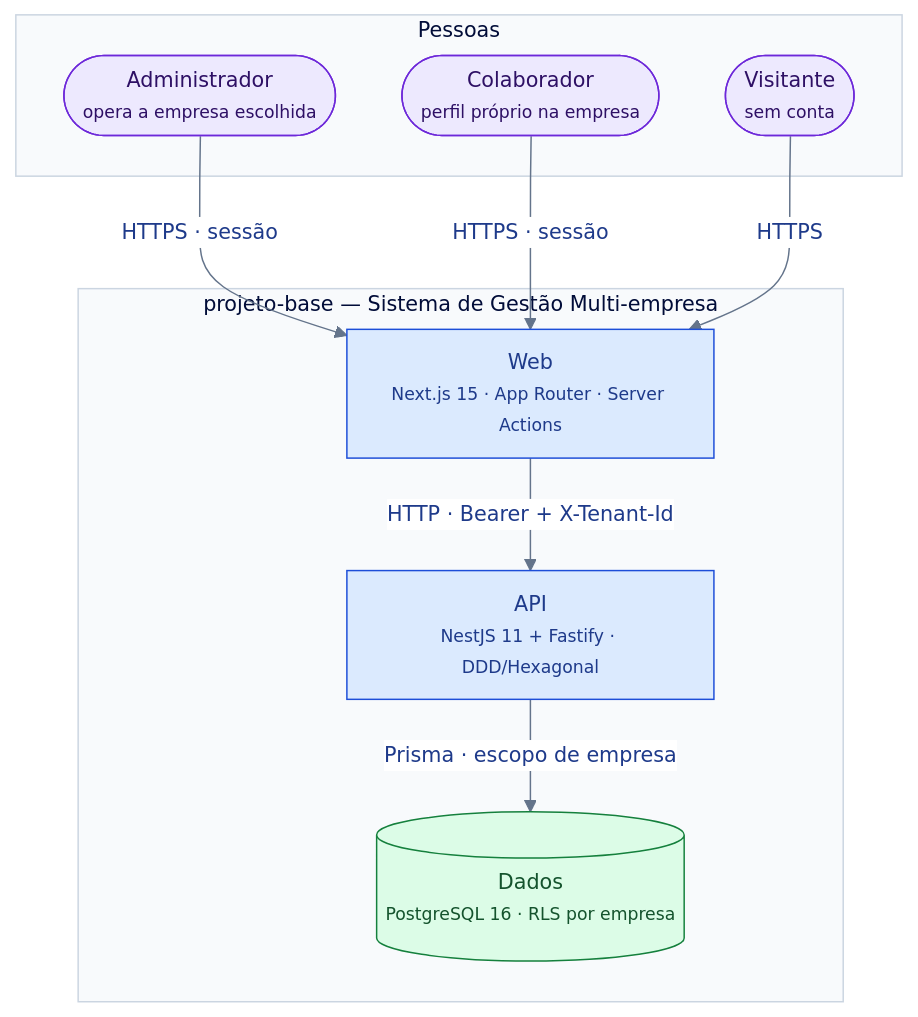
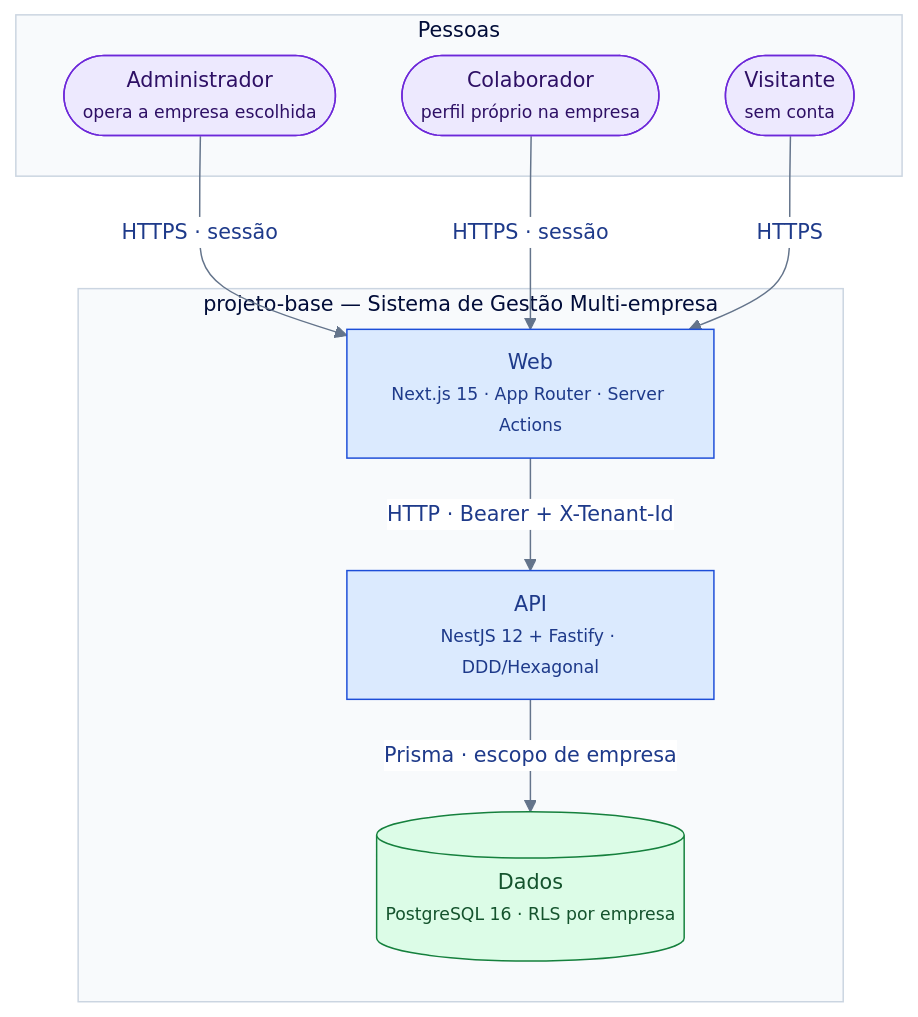
The first of 3 diagrams in docs/system-design/contexto.md (b3ll3o/projeto-base), drawn with Mermaid before and after one commit. The commit also changed 25 other files, not shown here.

````diff
--- a/docs/system-design/contexto.md
+++ b/docs/system-design/contexto.md
@@ -20,29 +20,29 @@
 ```mermaid
 %%{init: {"theme":"base","themeVariables":{"fontFamily":"ui-sans-serif, system-ui, -apple-system, Segoe UI, Roboto, sans-serif","primaryColor":"#dbeafe","primaryTextColor":"#1e3a8a","primaryBorderColor":"#1d4ed8","secondaryColor":"#dcfce7","tertiaryColor":"#fef3c7","lineColor":"#64748b","textColor":"#0f172a","mainBkg":"#f8fafc","background":"#ffffff","clusterBkg":"#f8fafc","clusterBorder":"#cbd5e1","edgeLabelBackground":"#ffffff","fontSize":"14px","actorBkg":"#dbeafe","actorBorder":"#1d4ed8","actorTextColor":"#1e3a8a","signalColor":"#334155","signalTextColor":"#334155","labelBoxBkgColor":"#dbeafe","labelBoxBorderColor":"#1d4ed8","labelTextColor":"#1e3a8a","noteBkgColor":"#fef3c7","noteBorderColor":"#b45309","noteTextColor":"#78350f","activationBkgColor":"#ede9fe","activationBorderColor":"#6d28d9"},"flowchart":{"curve":"basis","nodeSpacing":45,"rankSpacing":55,"padding":12,"htmlLabels":true,"useMaxWidth":true},"sequence":{"useMaxWidth":true,"wrap":true,"diagramMarginX":20,"diagramMarginY":10},"er":{"layoutDirection":"LR","entityPadding":12,"minEntityWidth":140}}}%%
 flowchart TB
   subgraph atores["Pessoas"]
     admin(["Administrador<br/><small>opera a empresa escolhida</small>"])
     membro(["Colaborador<br/><small>perfil próprio na empresa</small>"])
     visitante(["Visitante<br/><small>sem conta</small>"])
   end
 
   subgraph sistema["projeto-base — Sistema de Gestão Multi-empresa"]
     web["Web<br/><small>Next.js 15 · App Router · Server Actions</small>"]
-    api["API<br/><small>NestJS 11 + Fastify · DDD/Hexagonal</small>"]
+    api["API<br/><small>NestJS 12 + Fastify · DDD/Hexagonal</small>"]
     pg[("Dados<br/><small>PostgreSQL 16 · RLS por empresa</small>")]
   end
 
   admin -->|"HTTPS · sessão"| web
   membro -->|"HTTPS · sessão"| web
   visitante -->|"HTTPS"| web
   web -->|"HTTP · Bearer + X-Tenant-Id"| api
   api -->|"Prisma · escopo de empresa"| pg
 
   classDef ator fill:#ede9fe,stroke:#6d28d9,color:#2e1065,stroke-width:1px
   classDef app fill:#dbeafe,stroke:#1d4ed8,color:#1e3a8a,stroke-width:1px
   classDef dado fill:#dcfce7,stroke:#15803d,color:#14532d,stroke-width:1px
 
   class admin,membro,visitante ator
   class web,api app
   class pg dado
 ```
````
